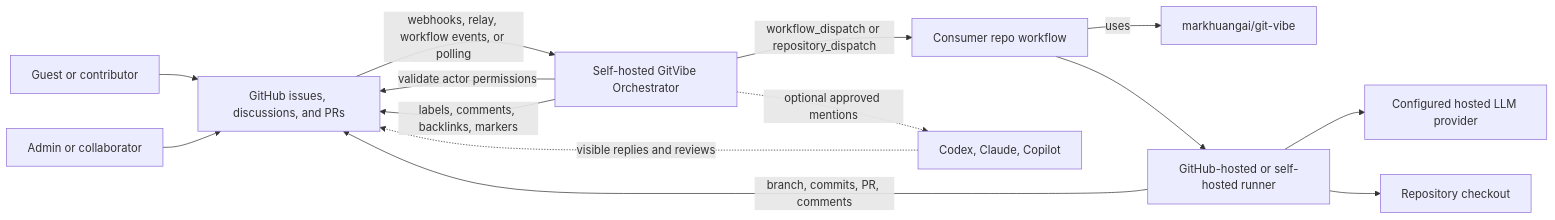
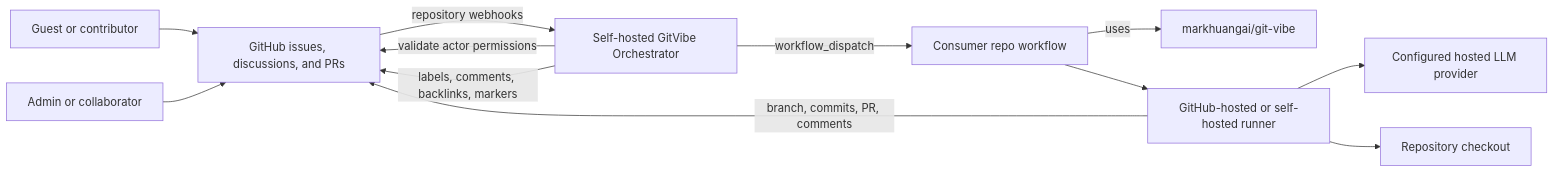
Before and after one commit to markhuangai/git-vibe: the first of 3 diagrams in docs/ARCHITECTURE.md, drawn with Mermaid. The commit also changed other lines of this file and 4 other files, not shown here.

````diff
--- a/docs/ARCHITECTURE.md
+++ b/docs/ARCHITECTURE.md
@@ -35,20 +35,18 @@
 ```mermaid
 flowchart LR
   U[Guest or contributor] --> GH[GitHub issues, discussions, and PRs]
   M[Admin or collaborator] --> GH
 
-  GH -->|webhooks, relay, workflow events, or polling| APP[Self-hosted GitVibe Orchestrator]
+  GH -->|repository webhooks| APP[Self-hosted GitVibe Orchestrator]
   APP -->|validate actor permissions| GH
   APP -->|labels, comments, backlinks, markers| GH
-  APP -->|workflow_dispatch or repository_dispatch| WF[Consumer repo workflow]
+  APP -->|workflow_dispatch| WF[Consumer repo workflow]
 
   WF -->|uses| GV[markhuangai/git-vibe]
   WF --> RUNNER[GitHub-hosted or self-hosted runner]
 
   RUNNER --> LLM[Configured hosted LLM provider]
   RUNNER --> CODE[Repository checkout]
   RUNNER -->|branch, commits, PR, comments| GH
 
-  APP -. optional approved mentions .-> EXT[Codex, Claude, Copilot]
-  EXT -. visible replies and reviews .-> GH
 ```
````
